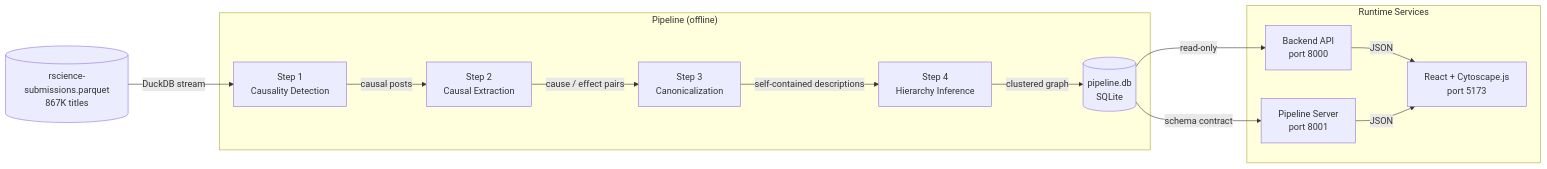
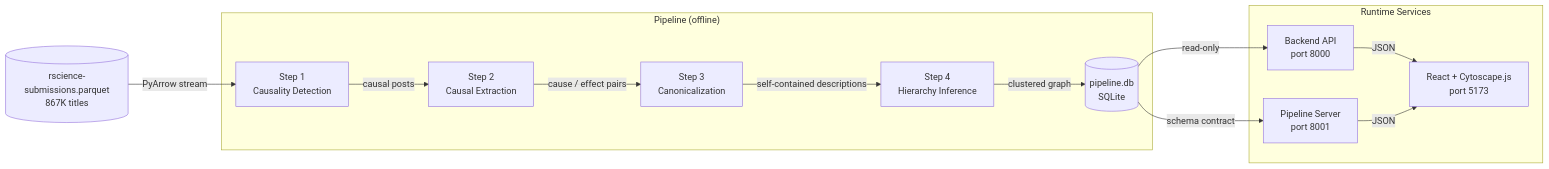
One commit to TheMrSheldon/causalgraph changed the first of 7 diagrams in docs/architecture.md. Above: the diagram before and after it, drawn with Mermaid. The commit also changed other lines of this file and 6 other files, not shown here.

````diff
--- a/docs/architecture.md
+++ b/docs/architecture.md
@@ -9,19 +9,19 @@
 ```mermaid
 flowchart LR
-    A[(rscience-submissions.parquet\n867K titles)] -->|DuckDB stream| B
+    A[(rscience-submissions.parquet\n867K titles)] -->|PyArrow stream| B
 
     subgraph Pipeline["Pipeline (offline)"]
         B[Step 1\nCausality Detection] -->|causal posts| C
         C[Step 2\nCausal Extraction] -->|cause / effect pairs| D
         D[Step 3\nCanonicalization] -->|self-contained descriptions| E
         E[Step 4\nHierarchy Inference] -->|clustered graph| F
     end
 
     F[(pipeline.db\nSQLite)] -->|read-only| G
     F -->|schema contract| H
 
     subgraph Services["Runtime Services"]
         G[Backend API\nport 8000] -->|JSON| I[React + Cytoscape.js\nport 5173]
         H[Pipeline Server\nport 8001] -->|JSON| I
     end
 ```
````
